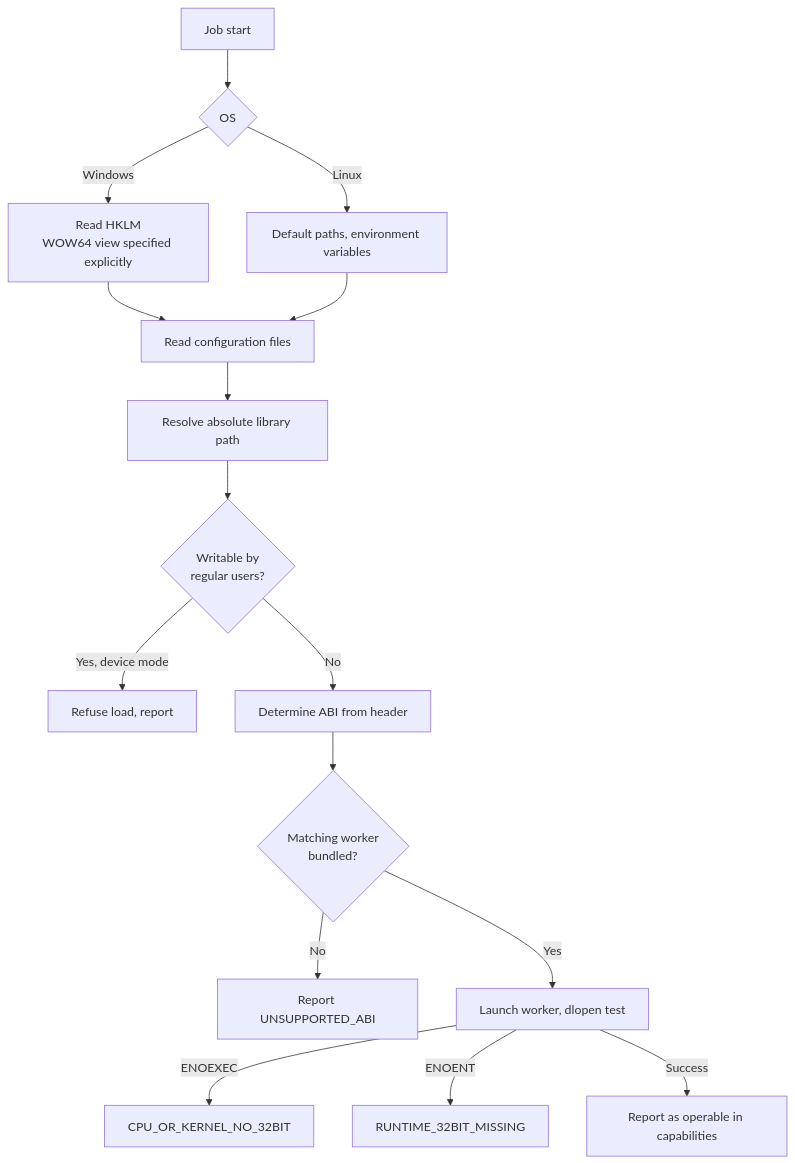
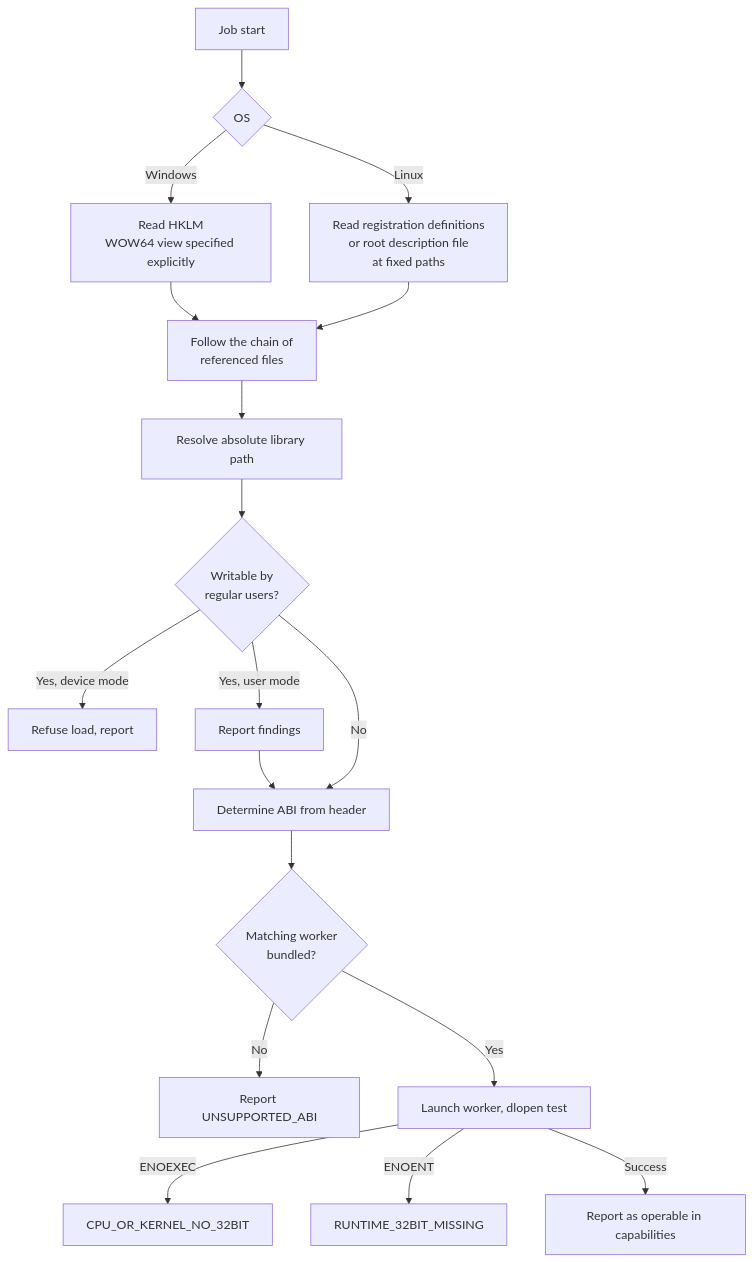
The fourth of 6 diagrams in docs/system-architecture.md (okayyoumay/nekoguruma), drawn with Mermaid before and after one commit. The commit also changed other lines of this file and 20 other files, not shown here.

````diff
--- a/docs/system-architecture.md
+++ b/docs/system-architecture.md
@@ -636,18 +638,20 @@
 ```mermaid
 flowchart TD
     S["Job start"] --> OS{OS}
     OS -->|Windows| REG["Read HKLM<br/>WOW64 view specified explicitly"]
-    OS -->|Linux| ENV["Default paths, environment variables"]
-    REG --> CFG["Read configuration files"]
+    OS -->|Linux| ENV["Read registration definitions<br/>or root description file<br/>at fixed paths"]
+    REG --> CFG["Follow the chain of<br/>referenced files"]
     ENV --> CFG
     CFG --> PATH["Resolve absolute library path"]
     PATH --> ACL{"Writable by<br/>regular users?"}
     ACL -->|Yes, device mode| REJ["Refuse load, report"]
+    ACL -->|Yes, user mode| WARN["Report findings"]
+    WARN --> ABI
     ACL -->|No| ABI["Determine ABI from header"]
     ABI --> HAVE{"Matching worker<br/>bundled?"}
     HAVE -->|No| UNSUP["Report UNSUPPORTED_ABI"]
     HAVE -->|Yes| EXEC["Launch worker, dlopen test"]
     EXEC -->|ENOEXEC| NO32["CPU_OR_KERNEL_NO_32BIT"]
     EXEC -->|ENOENT| MISS["RUNTIME_32BIT_MISSING"]
     EXEC -->|Success| OK["Report as operable in capabilities"]
 ```
````
